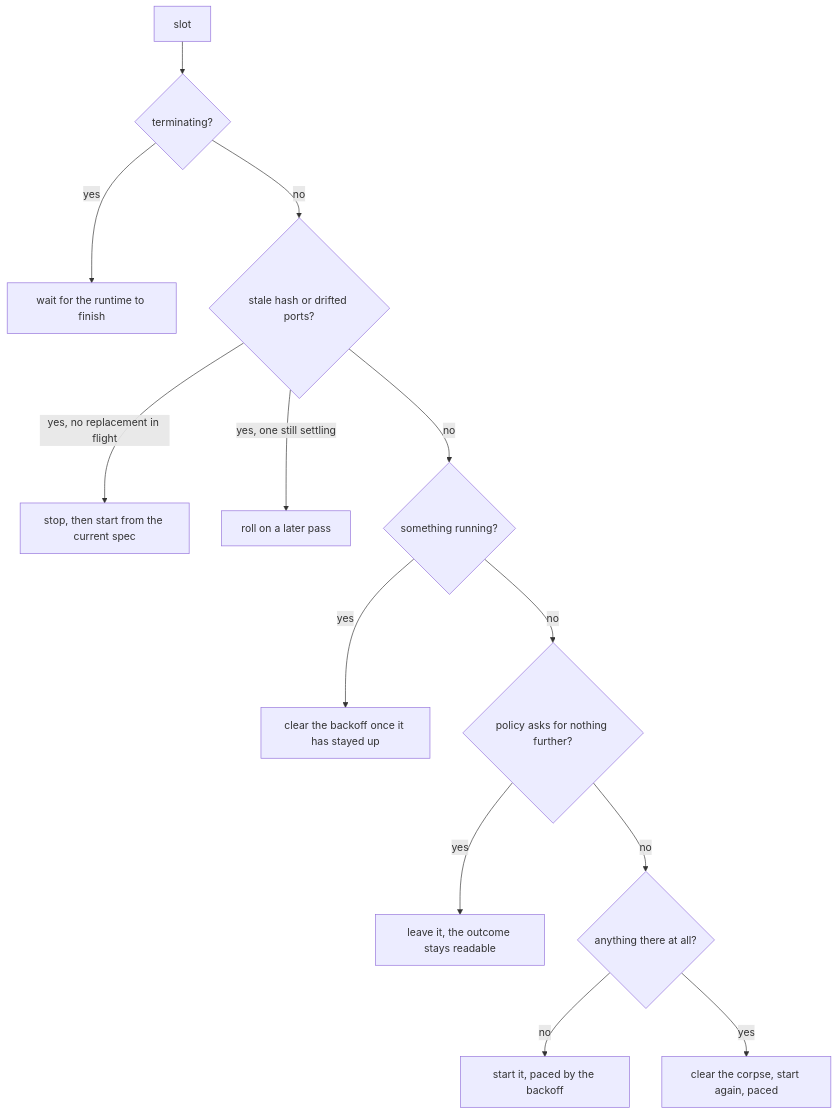
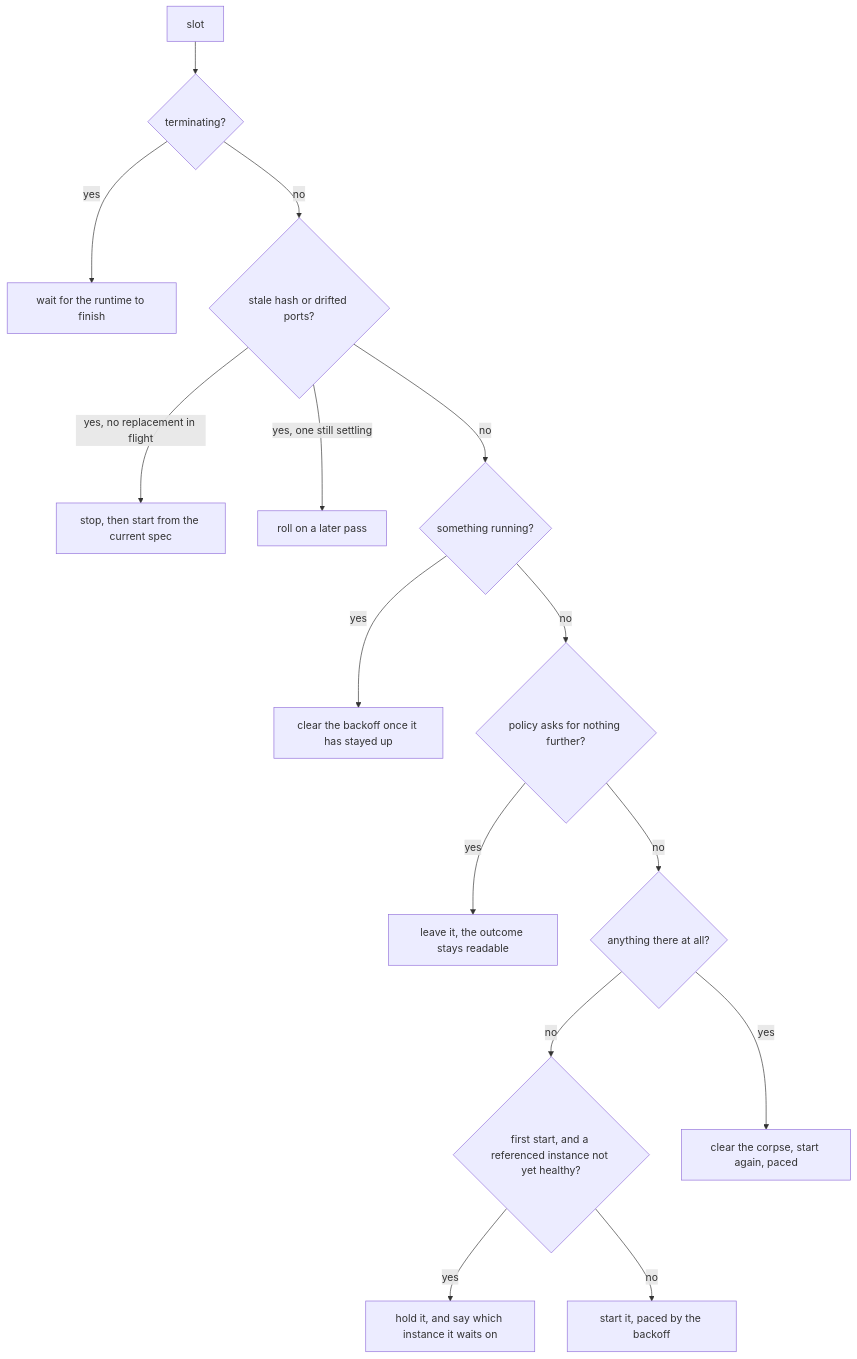
One commit to dsb-labs/takt changed the fourth of 5 diagrams in docs/reconciliation.md. Above: the diagram before and after it, drawn with Mermaid. The commit also changed other lines of this file and 6 other files, not shown here.

First line of the commit message:
docs,CHANGELOG: describe the wait for a referenced instance

````diff
--- a/docs/reconciliation.md
+++ b/docs/reconciliation.md
@@ -141,15 +141,17 @@
 ```mermaid
 flowchart TD
     slot["slot"] --> term{"terminating?"}
     term -- yes --> wait["wait for the runtime to finish"]
     term -- no --> stale{"stale hash or drifted ports?"}
     stale -- "yes, no replacement in flight" --> replace["stop, then start from the current spec"]
     stale -- "yes, one still settling" --> defer["roll on a later pass"]
     stale -- no --> up{"something running?"}
     up -- yes --> settle["clear the backoff once it has stayed up"]
     up -- no --> retired{"policy asks for nothing further?"}
     retired -- yes --> leaveslot["leave it, the outcome stays readable"]
     retired -- no --> empty{"anything there at all?"}
-    empty -- no --> attempt["start it, paced by the backoff"]
+    empty -- no --> ready{"first start, and a referenced instance not yet healthy?"}
+    ready -- yes --> hold["hold it, and say which instance it waits on"]
+    ready -- no --> attempt["start it, paced by the backoff"]
     empty -- yes --> restartslot["clear the corpse, start again, paced"]
 ```
````
